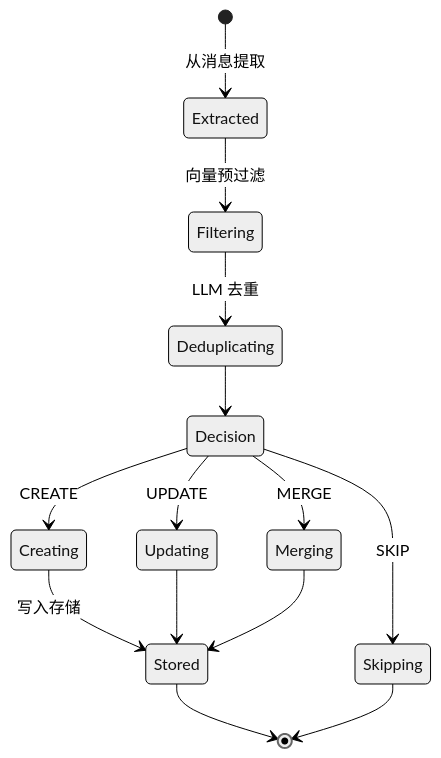
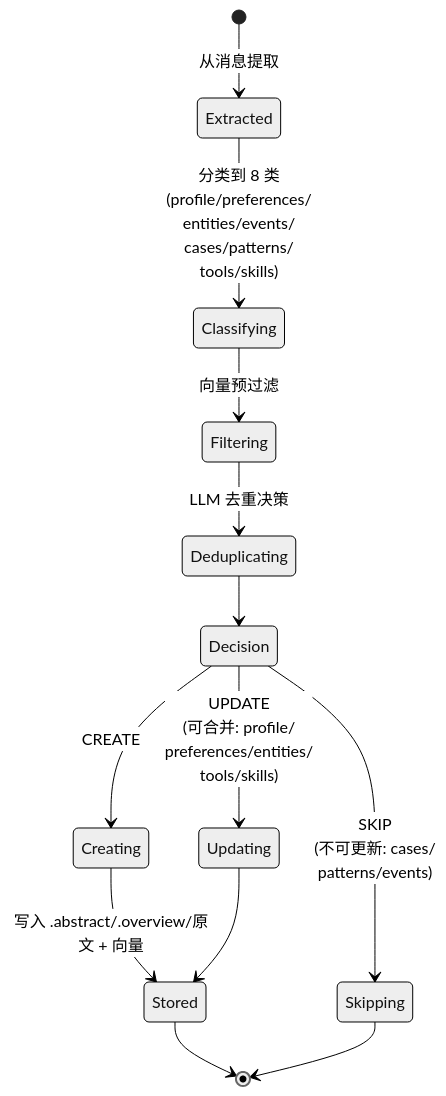
Diagram 11 of 11 in openviking/09-技术原理图解.md (caicongyang/bloger), drawn with Mermaid (neutral theme) before and after one commit. The commit also changed other lines of this file and 10 other files, not shown here.

````diff
--- a/openviking/09-技术原理图解.md
+++ b/openviking/09-技术原理图解.md
@@ -419,20 +423,19 @@
 ```mermaid
 stateDiagram-v2
     [*] --> Extracted: 从消息提取
-    
-    Extracted --> Filtering: 向量预过滤
-    Filtering --> Deduplicating: LLM 去重
-    
+    Extracted --> Classifying: 分类到 8 类<br/>(profile/preferences/<br/>entities/events/<br/>cases/patterns/<br/>tools/skills)
+
+    Classifying --> Filtering: 向量预过滤
+    Filtering --> Deduplicating: LLM 去重决策
+
     Deduplicating --> Decision
     Decision --> Creating: CREATE
-    Decision --> Updating: UPDATE
-    Decision --> Merging: MERGE
-    Decision --> Skipping: SKIP
-    
-    Creating --> Stored: 写入存储
+    Decision --> Updating: UPDATE<br/>(可合并: profile/<br/>preferences/entities/<br/>tools/skills)
+    Decision --> Skipping: SKIP<br/>(不可更新: cases/<br/>patterns/events)
+
+    Creating --> Stored: 写入 .abstract/.overview/原文 + 向量
     Updating --> Stored
-    Merging --> Stored
-    
+
     Stored --> [*]
     Skipping --> [*]
 ```
````
